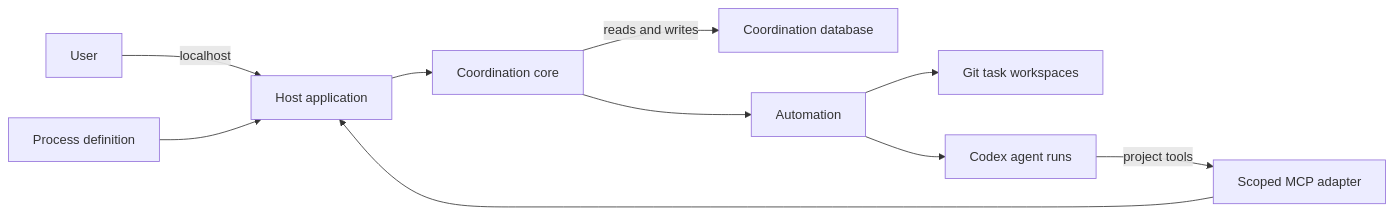
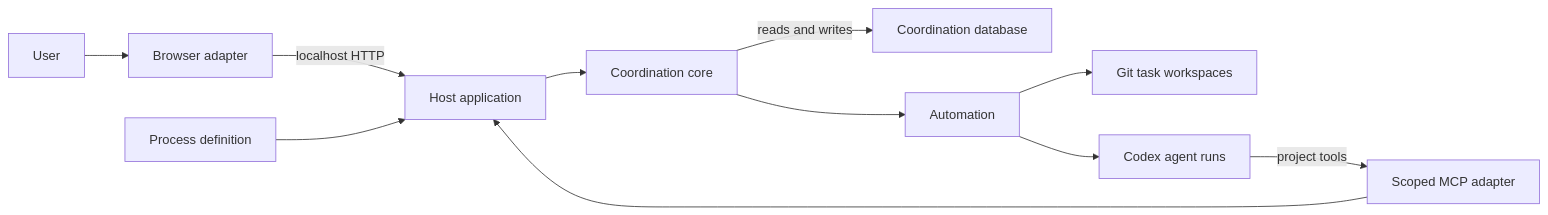
Before and after one commit to madp4ul/agent-devteam: the diagram in docs/architecture.md, drawn with Mermaid. The commit also changed other lines of this file and 16 other files, not shown here.

````diff
--- a/docs/architecture.md
+++ b/docs/architecture.md
@@ -15,12 +15,13 @@
 ```mermaid
 graph LR
-    User["User"] -->|localhost| Host["Host application"]
+    User["User"] --> Browser["Browser adapter"]
+    Browser -->|localhost HTTP| Host["Host application"]
     Process["Process definition"] --> Host
     Host --> Core["Coordination core"]
     Core -->|reads and writes| State["Coordination database"]
     Core --> Automation["Automation"]
     Automation --> Workspaces["Git task workspaces"]
     Automation --> Codex["Codex agent runs"]
     Codex -->|project tools| MCP["Scoped MCP adapter"]
     MCP --> Host
 ```
````
